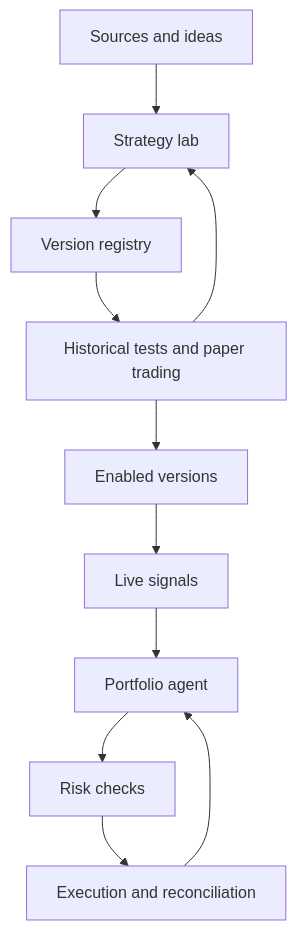
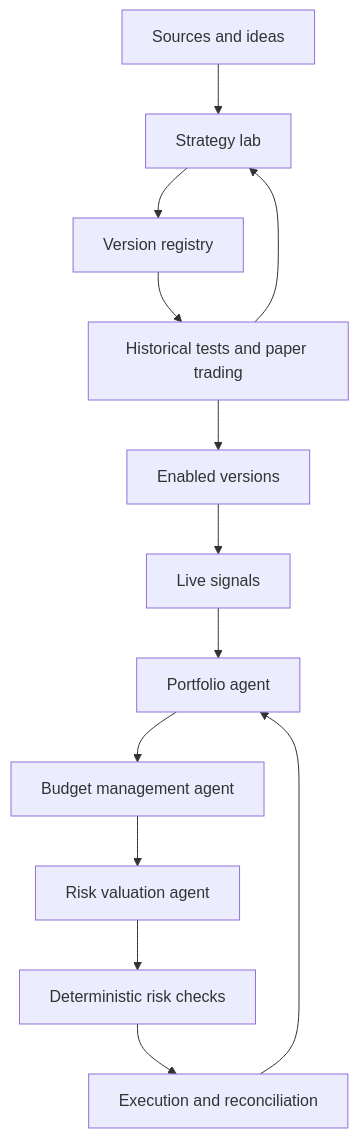
One commit to JKGiova/stratosphere changed the diagram in docs/architecture.md. Above: the diagram before and after it, drawn with Mermaid. The commit also changed other lines of this file and 11 other files, not shown here.

````diff
--- a/docs/architecture.md
+++ b/docs/architecture.md
@@ -13,13 +13,15 @@
 ```mermaid
 flowchart TD
     A["Sources and ideas"] --> B["Strategy lab"]
     B --> C["Version registry"]
     C --> D["Historical tests and paper trading"]
     D --> B
     D --> E["Enabled versions"]
     E --> F["Live signals"]
     F --> G["Portfolio agent"]
-    G --> H["Risk checks"]
+    G --> J["Budget management agent"]
+    J --> K["Risk valuation agent"]
+    K --> H["Deterministic risk checks"]
     H --> I["Execution and reconciliation"]
     I --> G
 ```
````
